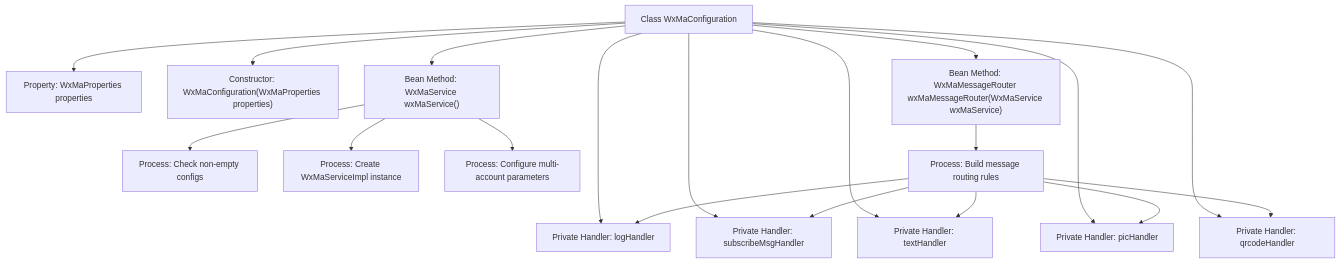
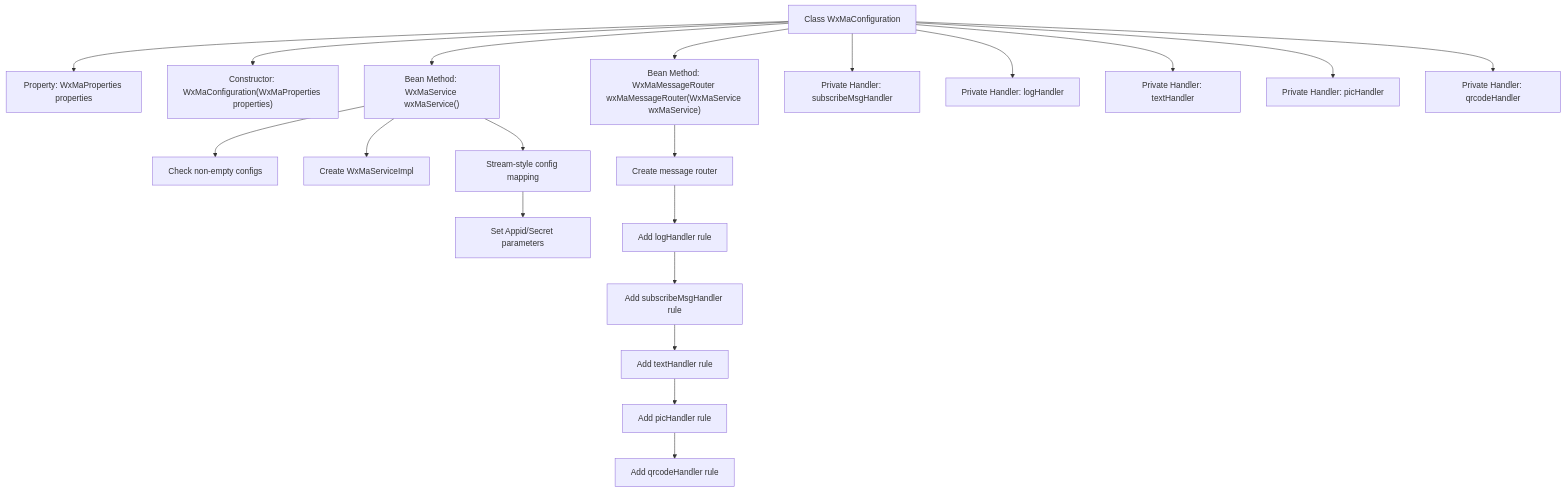
The second of 2 diagrams in docs/en/docs/src/main/java/com/github/binarywang/demo/wx/miniapp/config/WxMaConfiguration.md (v-wjrong/rongwj666_weixin-java-miniapp-demo), drawn with Mermaid before and after one commit. The commit also changed other lines of this file and 46 other files, not shown here.

````diff
--- a/docs/en/docs/src/main/java/com/github/binarywang/demo/wx/miniapp/config/WxMaConfiguration.md
+++ b/docs/en/docs/src/main/java/com/github/binarywang/demo/wx/miniapp/config/WxMaConfiguration.md
@@ -111,36 +112,35 @@
 ```mermaid
 graph TD
     A["Class WxMaConfiguration"]
     B["Property: WxMaProperties properties"]
     C["Constructor: WxMaConfiguration(WxMaProperties properties)"]
     D["Bean Method: WxMaService wxMaService()"]
     E["Bean Method: WxMaMessageRouter wxMaMessageRouter(WxMaService wxMaService)"]
     F["Private Handler: subscribeMsgHandler"]
     G["Private Handler: logHandler"]
     H["Private Handler: textHandler"]
     I["Private Handler: picHandler"]
     J["Private Handler: qrcodeHandler"]
-    K["Process: Check non-empty configs"]
-    L["Process: Create WxMaServiceImpl instance"]
-    M["Process: Configure multi-account parameters"]
-    N["Process: Build message routing rules"]
 
     A --> B
     A --> C
     A --> D
     A --> E
     A --> F
     A --> G
     A --> H
     A --> I
     A --> J
-    D --> K
-    D --> L
-    D --> M
-    E --> N
-    N --> G
-    N --> F
-    N --> H
-    N --> I
-    N --> J
+
+    D --> D1["Check non-empty configs"]
+    D --> D2["Create WxMaServiceImpl"]
+    D --> D3["Stream-style config mapping"]
+    D3 --> D3a["Set Appid/Secret parameters"]
+
+    E --> E1["Create message router"]
+    E1 --> E1a["Add logHandler rule"]
+    E1a --> E1b["Add subscribeMsgHandler rule"]
+    E1b --> E1c["Add textHandler rule"]
+    E1c --> E1d["Add picHandler rule"]
+    E1d --> E1e["Add qrcodeHandler rule"]
 ```
````
